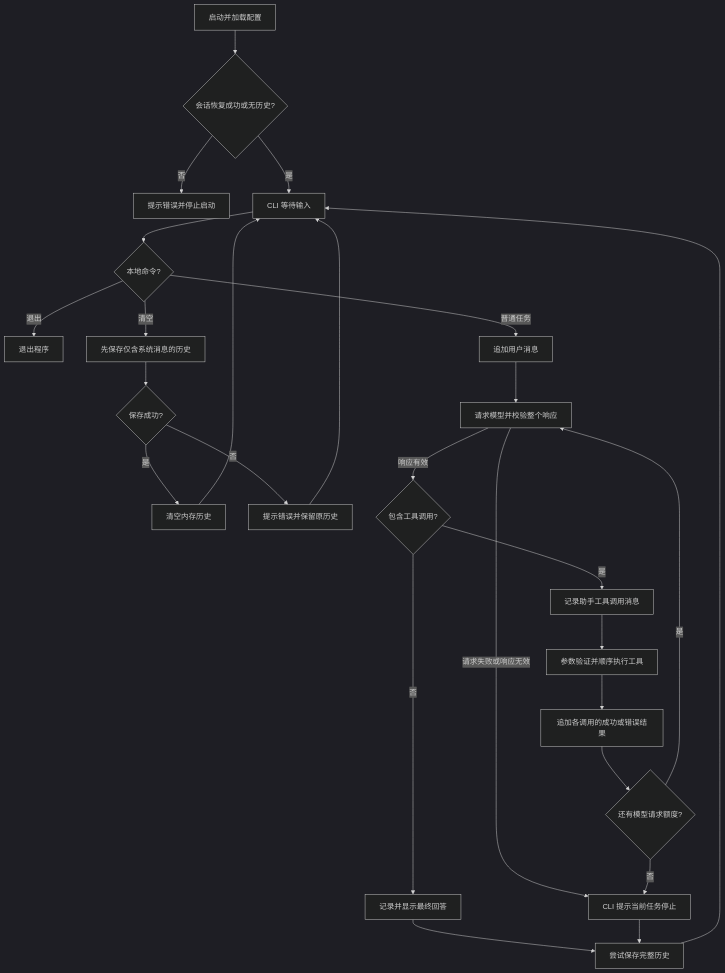
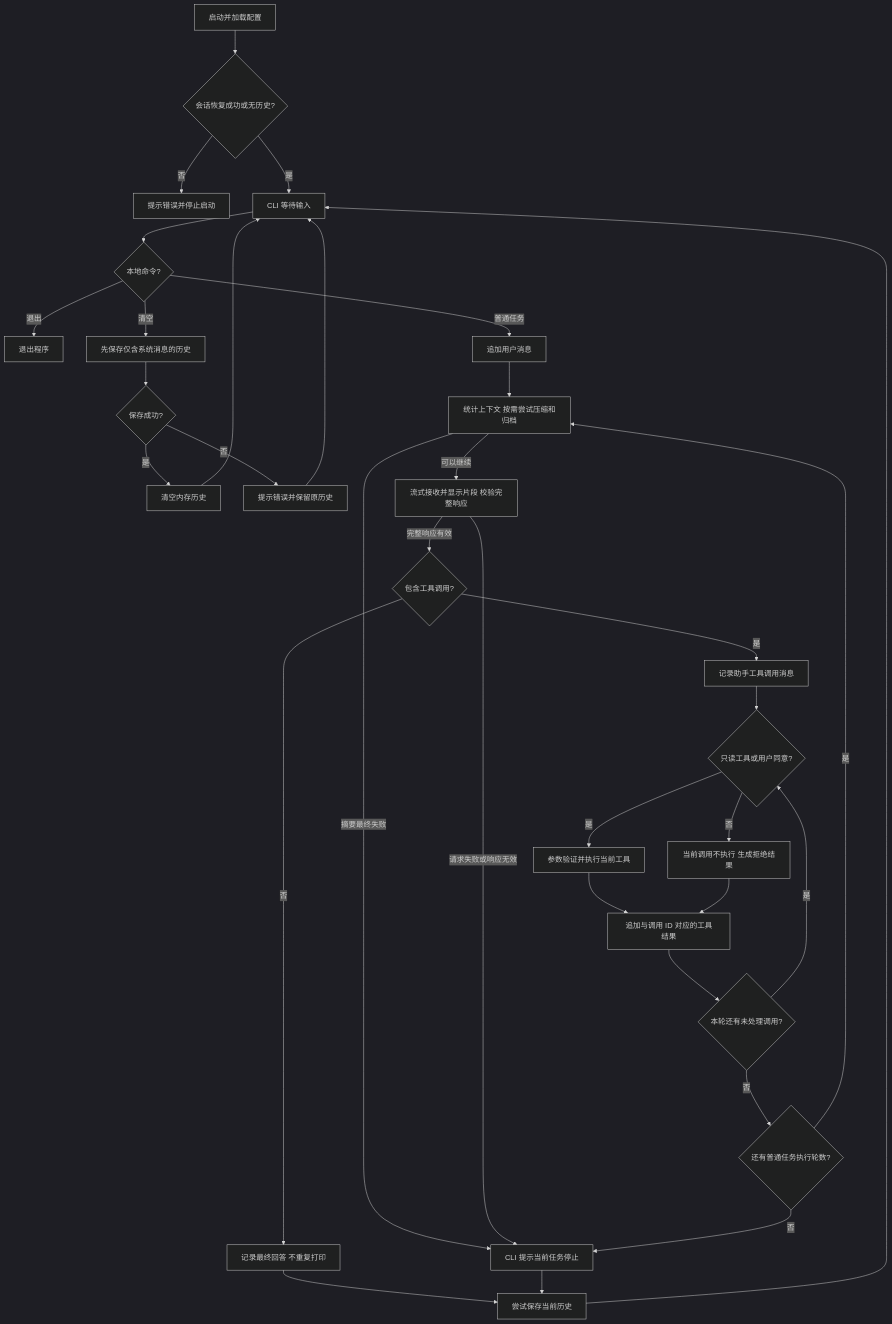
One commit to ZIPNO996/ZipClaw changed the second of 2 diagrams in README.md. Above: the diagram before and after it, drawn with Mermaid (dark theme). The commit also changed other lines of this file and 13 other files, not shown here.

````diff
--- a/README.md
+++ b/README.md
@@ -260,28 +347,35 @@
 ```mermaid
 flowchart TD
     S[启动并加载配置] --> R{会话恢复成功或无历史?}
     R -->|否| X[提示错误并停止启动]
     R -->|是| A[CLI 等待输入]
     A --> B{本地命令?}
     B -->|退出| D[退出程序]
     B -->|清空| C[先保存仅含系统消息的历史]
     C --> C2{保存成功?}
     C2 -->|是| C3[清空内存历史]
     C3 --> A
     C2 -->|否| C4[提示错误并保留原历史]
     C4 --> A
     B -->|普通任务| E[追加用户消息]
-    E --> F[请求模型并校验整个响应]
-    F -->|请求失败或响应无效| Q[CLI 提示当前任务停止]
-    F -->|响应有效| G{包含工具调用?}
-    G -->|否| H[记录并显示最终回答]
+    E --> U[统计上下文 按需尝试压缩和归档]
+    U -->|摘要最终失败| Q[CLI 提示当前任务停止]
+    U -->|可以继续| F[流式接收并显示片段 校验完整响应]
+    F -->|请求失败或响应无效| Q
+    F -->|完整响应有效| G{包含工具调用?}
+    G -->|否| H[记录最终回答 不重复打印]
     G -->|是| I[记录助手工具调用消息]
-    I --> J[参数验证并顺序执行工具]
-    J --> L[追加各调用的成功或错误结果]
-    L --> M{还有模型请求额度?}
-    M -->|是| F
+    I --> J{只读工具或用户同意?}
+    J -->|是| K[参数验证并执行当前工具]
+    J -->|否| N[当前调用不执行 生成拒绝结果]
+    K --> L[追加与调用 ID 对应的工具结果]
+    N --> L
+    L --> T{本轮还有未处理调用?}
+    T -->|是| J
+    T -->|否| M{还有普通任务执行轮数?}
+    M -->|是| U
     M -->|否| Q
-    H --> P[尝试保存完整历史]
+    H --> P[尝试保存当前历史]
     Q --> P
     P --> A
 ```
````
